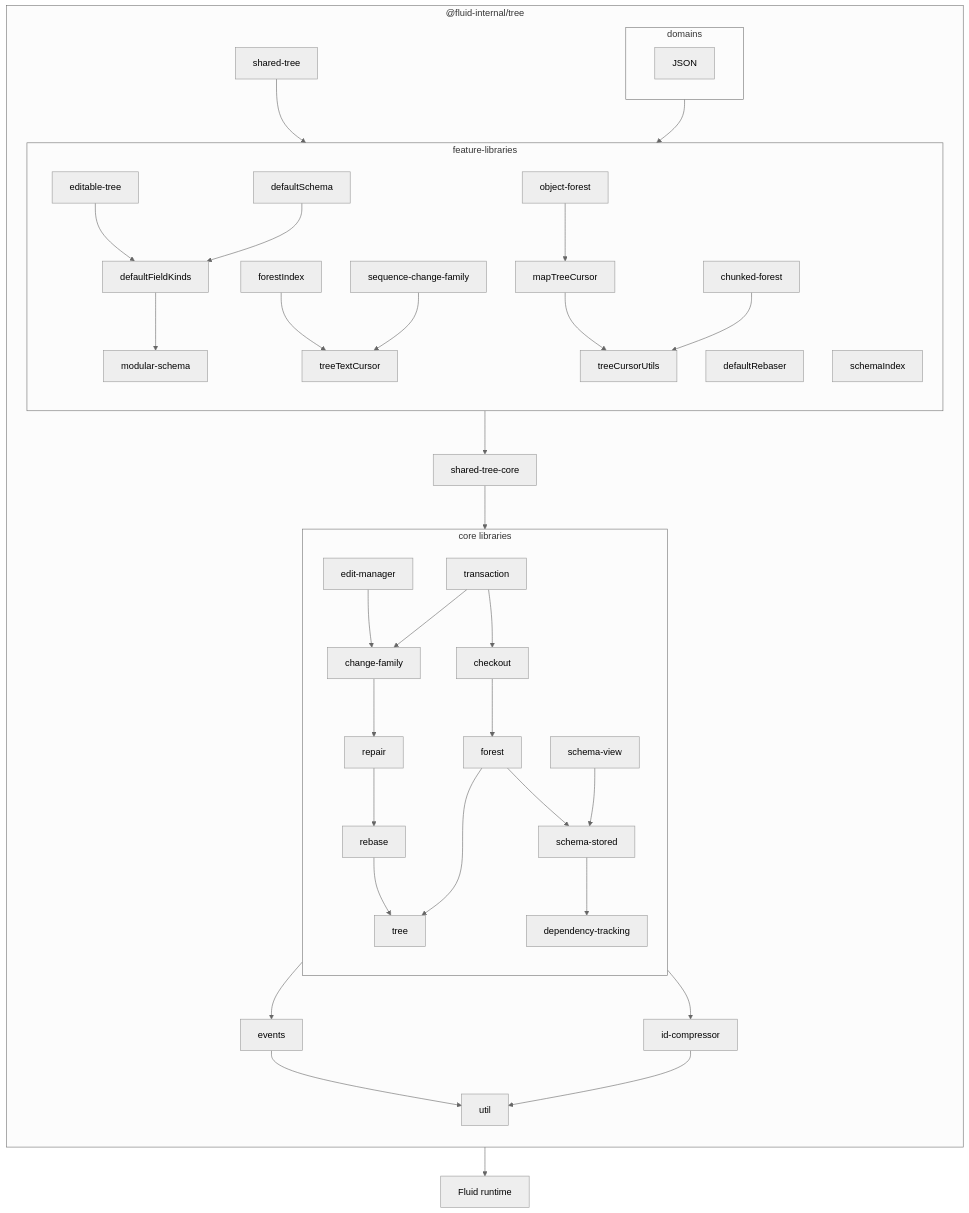
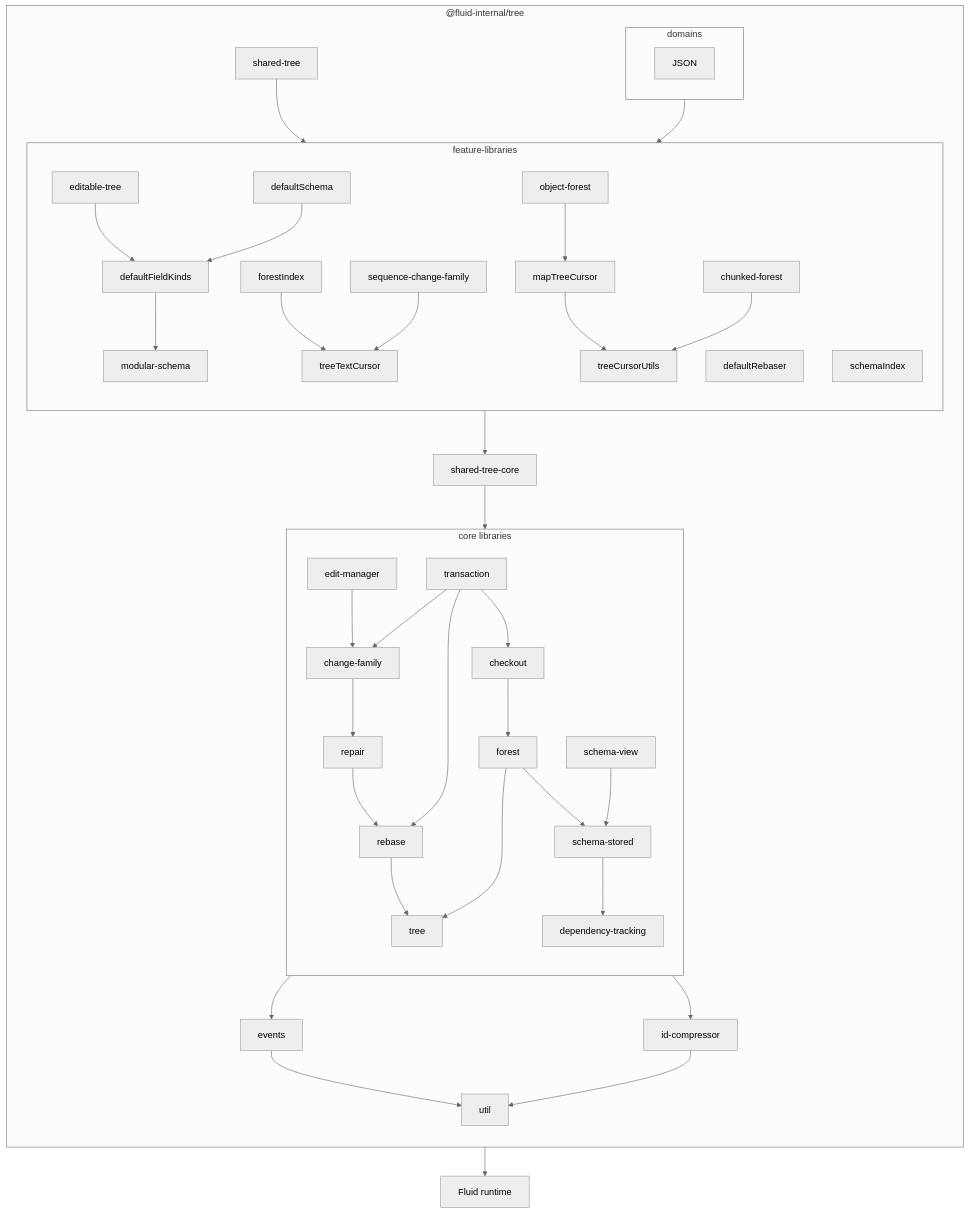
Before and after one commit to microsoft/FluidFramework: the sixth of 6 diagrams in packages/dds/tree/README.md, drawn with Mermaid (neutral theme). The commit also changed 15 other files, not shown here.

````diff
--- a/packages/dds/tree/README.md
+++ b/packages/dds/tree/README.md
@@ -298,44 +298,45 @@
 ```mermaid
 flowchart
     direction TB
     subgraph package ["@fluid-internal/tree"]
         direction TB
         subgraph core ["core libraries"]
             direction TB
             checkout-->forest
             forest-->schema-stored
             change-family-->repair
             edit-manager-->change-family
             repair-->rebase
             rebase-->tree
             schema-stored-->dependency-tracking
             schema-view-->schema-stored
             transaction-->change-family
             transaction-->checkout
+			transaction-->rebase
             dependency-tracking
             forest-->tree
         end
         core-->events-->util
         core-->id-compressor-->util
         feature-->shared-tree-core
         shared-tree-core-->core
         shared-tree-->feature
         subgraph feature ["feature-libraries"]
             direction TB
             editable-tree-->defaultFieldKinds
             defaultRebaser
             defaultSchema-->defaultFieldKinds-->modular-schema
             forestIndex-->treeTextCursor
             modular-schema
             object-forest-->mapTreeCursor-->treeCursorUtils
             chunked-forest-->treeCursorUtils
             schemaIndex
             sequence-change-family-->treeTextCursor
         end
         subgraph domains
             JSON
         end
         domains-->feature
     end
     package-->runtime["Fluid runtime"]
 ```
````
